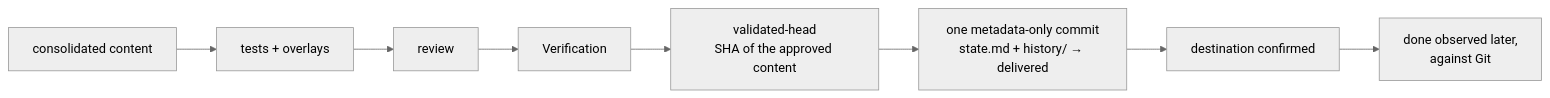
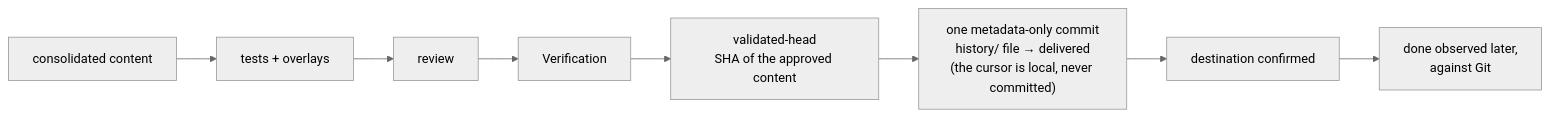
One commit to rpelizza/PelizzAI changed the sixth of 8 diagrams in README.md. Above: the diagram before and after it, drawn with Mermaid (neutral theme). The commit also changed other lines of this file and 5 other files, not shown here.

````diff
--- a/README.md
+++ b/README.md
@@ -334,10 +334,10 @@
 ```mermaid
 flowchart LR
     C["consolidated content"] --> T["tests + overlays"]
     T --> R["review"]
     R --> V["Verification"]
     V --> S["validated-head<br/>SHA of the approved content"]
-    S --> M["one metadata-only commit<br/>state.md + history/ → delivered"]
+    S --> M["one metadata-only commit<br/>history/ file → delivered<br/>(the cursor is local, never committed)"]
     M --> X["destination confirmed"]
     X --> DN["done observed later,<br/>against Git"]
 ```
````
